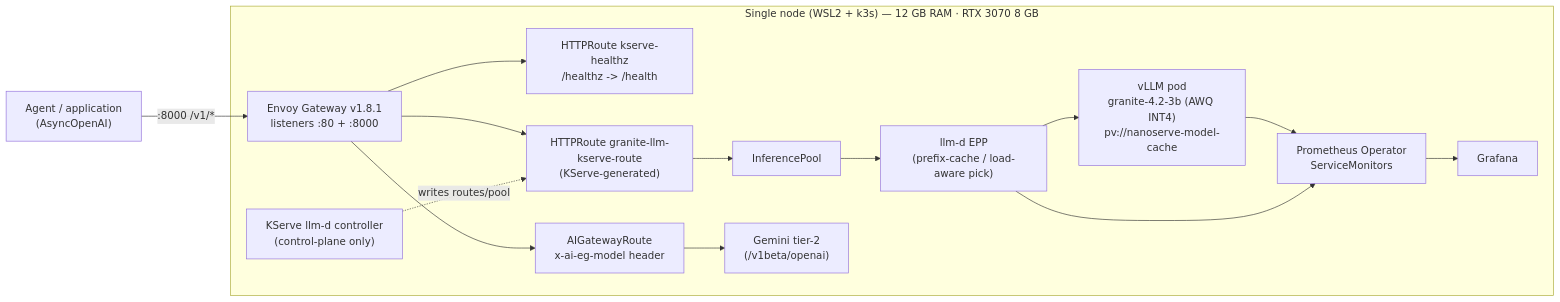
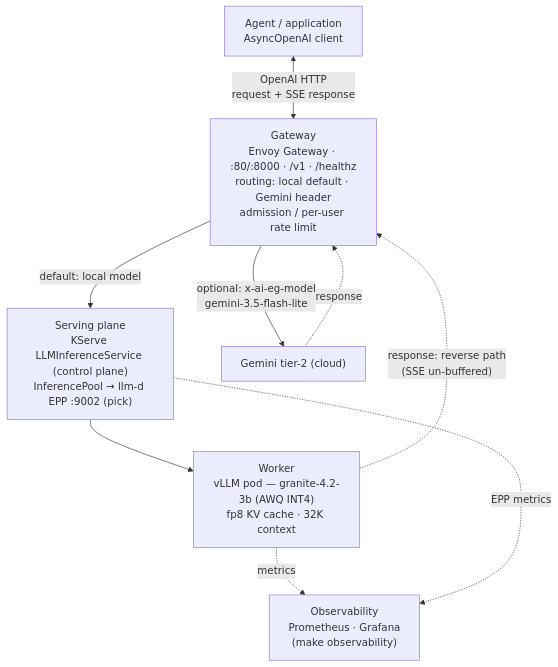
Before and after one commit to aymanaboghonim/nanoserve-llm: the diagram in README.md, drawn with Mermaid. The commit also changed other lines of this file, not shown here.

Commit message:
docs(readme): reorganize architecture diagram by function (gateway / serving / worker / observability)
Flat top-to-bottom layout with 4 functional layers as main nodes, Agent on
top and Gemini tier-2 as the optional cloud branch. No subgraphs (theme-safe
for GitHub light/dark), one request spine, dashed reverse-path + metrics
edges only. No duplicate llm-d EPP node.

````diff
--- a/README.md
+++ b/README.md
@@ -31,27 +34,21 @@
 ```mermaid
-flowchart LR
-    A["Agent / application<br/>(AsyncOpenAI)"]
+flowchart TB
+    A["Agent / application<br/>AsyncOpenAI client"]
 
-    subgraph Node["Single node (WSL2 + k3s) — 12 GB RAM · RTX 3070 8 GB"]
-        EG["Envoy Gateway v1.8.1<br/>listeners :80 + :8000"]
-        HZ["HTTPRoute kserve-healthz<br/>/healthz -> /health"]
-        HR["HTTPRoute granite-llm-kserve-route<br/>(KServe-generated)"]
-        Pool["InferencePool"]
-        EPP["llm-d EPP<br/>(prefix-cache / load-aware pick)"]
-        VLLM["vLLM pod<br/>granite-4.2-3b (AWQ INT4)<br/>pv://nanoserve-model-cache"]
-        AGR["AIGatewayRoute<br/>x-ai-eg-model header"]
-        GM["Gemini tier-2<br/>(/v1beta/openai)"]
-        KSC["KServe llm-d controller<br/>(control-plane only)"]
-        SM["Prometheus Operator<br/>ServiceMonitors"]
-        GRA["Grafana"]
-    end
+    GW["Gateway<br/>Envoy Gateway · :80/:8000 · /v1 · /healthz<br/>routing: local default · Gemini header<br/>admission / per-user rate limit"]
+    SERVING["Serving plane<br/>KServe LLMInferenceService (control plane)<br/>InferencePool → llm-d EPP :9002 (pick)"]
+    WORKER["Worker<br/>vLLM pod — granite-4.2-3b (AWQ INT4)<br/>fp8 KV cache · 32K context"]
+    OBS["Observability<br/>Prometheus · Grafana<br/>(make observability)"]
+    GM["Gemini tier-2 (cloud)"]
 
-    A -- ":8000 /v1/*" --> EG
-    EG --> HZ
-    EG --> HR --> Pool --> EPP --> VLLM
-    EG --> AGR --> GM
-    KSC -. writes routes/pool .-> HR
-    VLLM --> SM
-    EPP --> SM
-    SM --> GRA
+    A -- "OpenAI HTTP<br/>request + SSE response" <--> GW
+
+    GW -- "default: local model" --> SERVING --> WORKER
+    GW -- "optional: x-ai-eg-model<br/>gemini-3.5-flash-lite" --> GM
+
+    WORKER -. "response: reverse path<br/>(SSE un-buffered)" .-> GW
+    GM -. "response" .-> GW
+
+    WORKER -. "metrics" .-> OBS
+    SERVING -. "EPP metrics" .-> OBS
 ```
````
